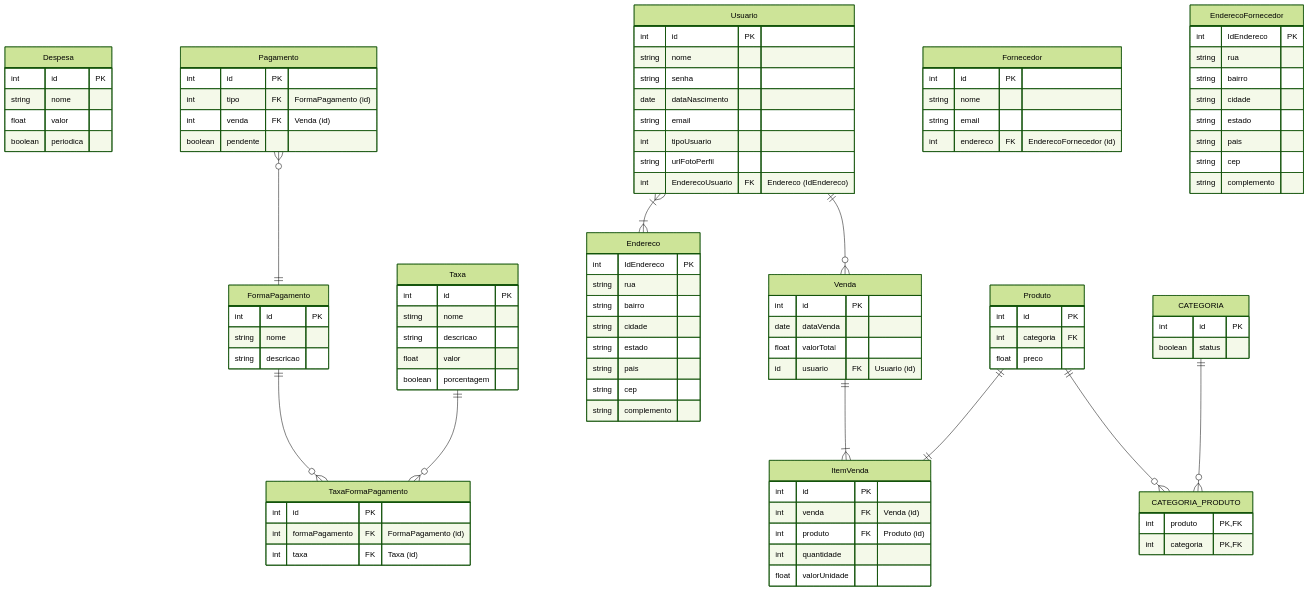
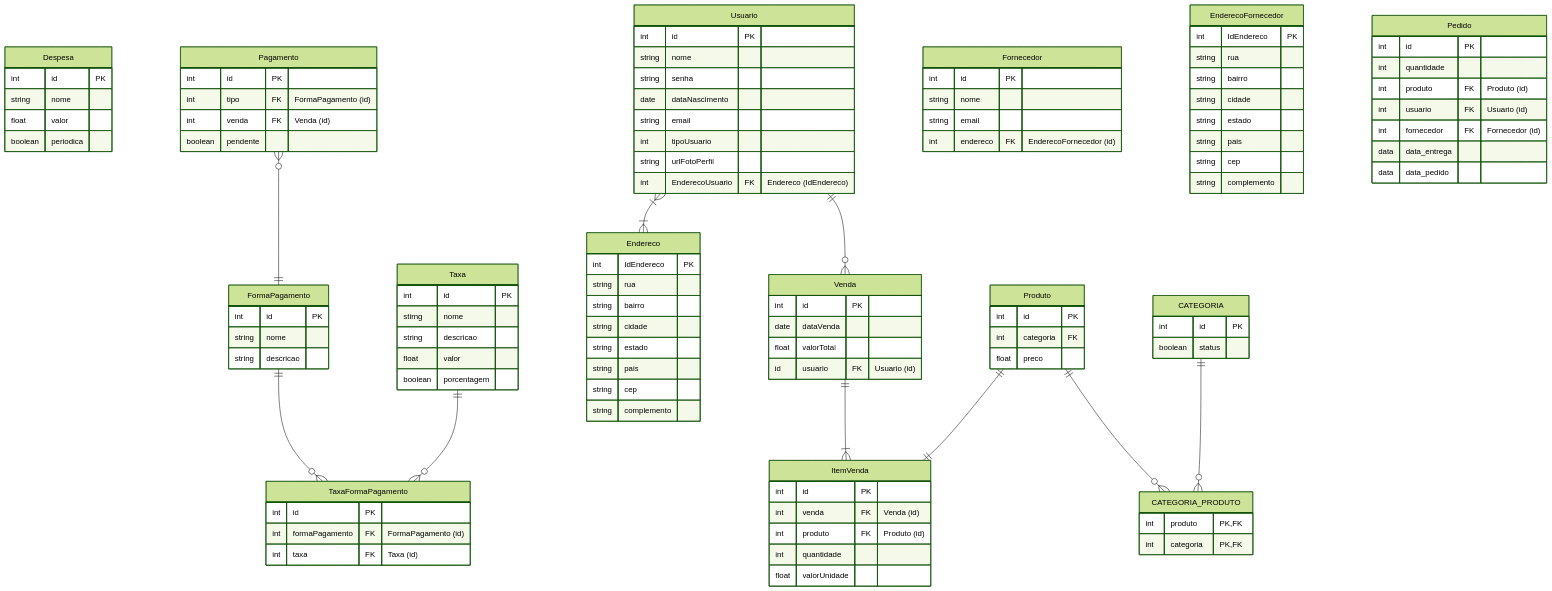
One commit to Control-Cash/controlcash changed the diagram in docs/documento-de-modelos.md. Above: the diagram before and after it, drawn with Mermaid (forest theme).

Commit message:
Doc: Definindo atributos da tabela pedido #35

```diff
--- a/docs/documento-de-modelos.md
+++ b/docs/documento-de-modelos.md
@@ -94,6 +94,16 @@
   string cep
   string complemento
 }
+
+Pedido{
+  int id PK
+  int quantidade
+  int produto FK "Produto (id)"
+  int usuario FK "Usuario (id)"
+  int fornecedor FK "Fornecedor (id)"
+  data data_entrega
+  data data_pedido 
+}
   
   %% conexões
   Pagamento }o--|| FormaPagamento : ""
```
